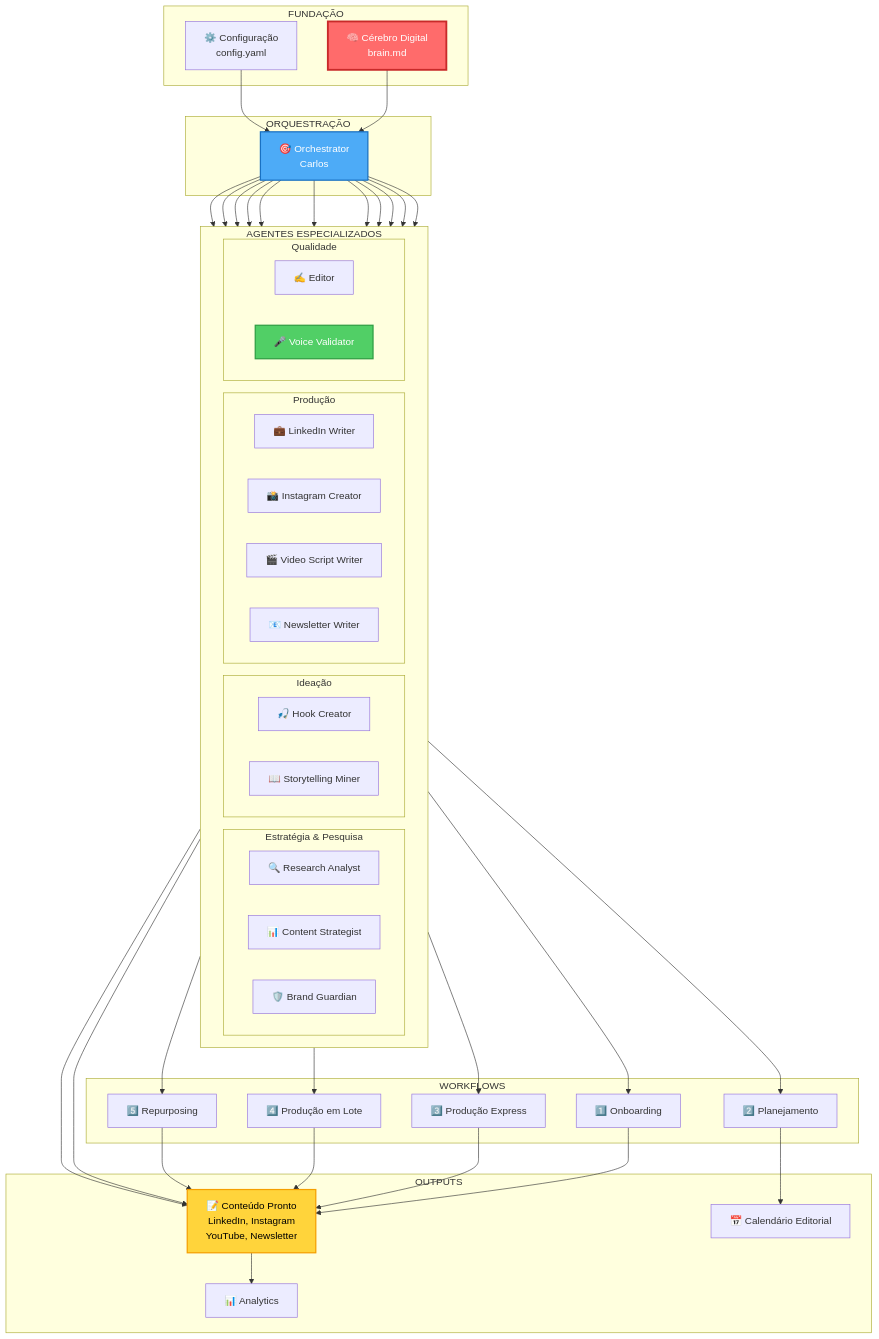
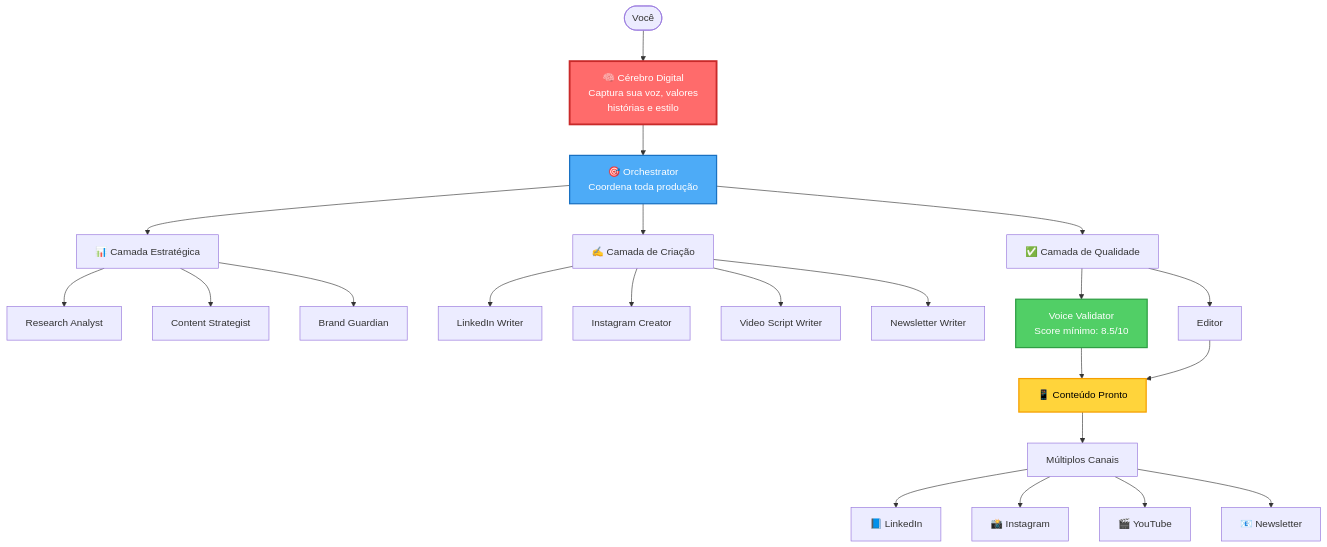
One commit to vitorgmoreira/content-foundry changed the diagram in README.md. Above: the diagram before and after it, drawn with Mermaid. The commit also changed other lines of this file, not shown here.

````diff
--- a/README.md
+++ b/README.md
@@ -37,89 +28,35 @@
 ```mermaid
 graph TB
-    subgraph "FUNDAÇÃO"
-        Brain[🧠 Cérebro Digital<br/>brain.md]
-        Config[⚙️ Configuração<br/>config.yaml]
-    end
+    Start([Você]) --> Brain[🧠 Cérebro Digital<br/>Captura sua voz, valores<br/>histórias e estilo]
 
-    subgraph "ORQUESTRAÇÃO"
-        Orchestrator[🎯 Orchestrator<br/>Carlos]
-    end
+    Brain --> Orchestrator[🎯 Orchestrator<br/>Coordena toda produção]
 
-    subgraph "AGENTES ESPECIALIZADOS"
-        direction LR
+    Orchestrator --> Strategy[📊 Camada Estratégica]
+    Strategy --> S1[Research Analyst]
+    Strategy --> S2[Content Strategist]
+    Strategy --> S3[Brand Guardian]
 
-        subgraph "Estratégia & Pesquisa"
-            Research[🔍 Research Analyst]
-            Strategist[📊 Content Strategist]
-            Brand[🛡️ Brand Guardian]
-        end
+    Orchestrator --> Creation[✍️ Camada de Criação]
+    Creation --> C1[LinkedIn Writer]
+    Creation --> C2[Instagram Creator]
+    Creation --> C3[Video Script Writer]
+    Creation --> C4[Newsletter Writer]
 
-        subgraph "Ideação"
-            Hook[🎣 Hook Creator]
-            Story[📖 Storytelling Miner]
-        end
+    Orchestrator --> Quality[✅ Camada de Qualidade]
+    Quality --> Q1[Voice Validator<br/>Score mínimo: 8.5/10]
+    Quality --> Q2[Editor]
 
-        subgraph "Produção"
-            LinkedIn[💼 LinkedIn Writer]
-            Instagram[📸 Instagram Creator]
-            Video[🎬 Video Script Writer]
-            Newsletter[📧 Newsletter Writer]
-        end
+    Q1 --> Output[📱 Conteúdo Pronto]
+    Q2 --> Output
 
-        subgraph "Qualidade"
-            Editor[✍️ Editor]
-            Voice[🎤 Voice Validator]
-        end
-    end
-
-    subgraph "WORKFLOWS"
-        W1[1️⃣ Onboarding]
-        W2[2️⃣ Planejamento]
-        W3[3️⃣ Produção Express]
-        W4[4️⃣ Produção em Lote]
-        W5[5️⃣ Repurposing]
-    end
-
-    subgraph "OUTPUTS"
-        Content[📝 Conteúdo Pronto<br/>LinkedIn, Instagram<br/>YouTube, Newsletter]
-        Calendar[📅 Calendário Editorial]
-        Analytics[📊 Analytics]
-    end
-
-    Brain --> Orchestrator
-    Config --> Orchestrator
-
-    Orchestrator --> Research
-    Orchestrator --> Strategist
-    Orchestrator --> Brand
-    Orchestrator --> Hook
-    Orchestrator --> Story
-    Orchestrator --> LinkedIn
-    Orchestrator --> Instagram
-    Orchestrator --> Video
-    Orchestrator --> Newsletter
-    Orchestrator --> Editor
-    Orchestrator --> Voice
-
-    Research --> W1
-    Strategist --> W2
-    LinkedIn --> W3
-    Instagram --> W4
-    Video --> W5
-
-    W1 --> Content
-    W2 --> Calendar
-    W3 --> Content
-    W4 --> Content
-    W5 --> Content
-
-    Voice --> Content
-    Editor --> Content
-
-    Content --> Analytics
+    Output --> Channels[Múltiplos Canais]
+    Channels --> Ch1[📘 LinkedIn]
+    Channels --> Ch2[📸 Instagram]
+    Channels --> Ch3[🎬 YouTube]
+    Channels --> Ch4[📧 Newsletter]
 
     style Brain fill:#ff6b6b,stroke:#c92a2a,stroke-width:3px,color:#fff
     style Orchestrator fill:#4dabf7,stroke:#1971c2,stroke-width:2px,color:#fff
-    style Voice fill:#51cf66,stroke:#2f9e44,stroke-width:2px,color:#fff
-    style Content fill:#ffd43b,stroke:#f59f00,stroke-width:2px,color:#000
+    style Q1 fill:#51cf66,stroke:#2f9e44,stroke-width:2px,color:#fff
+    style Output fill:#ffd43b,stroke:#f59f00,stroke-width:2px,color:#000
 ```
````
